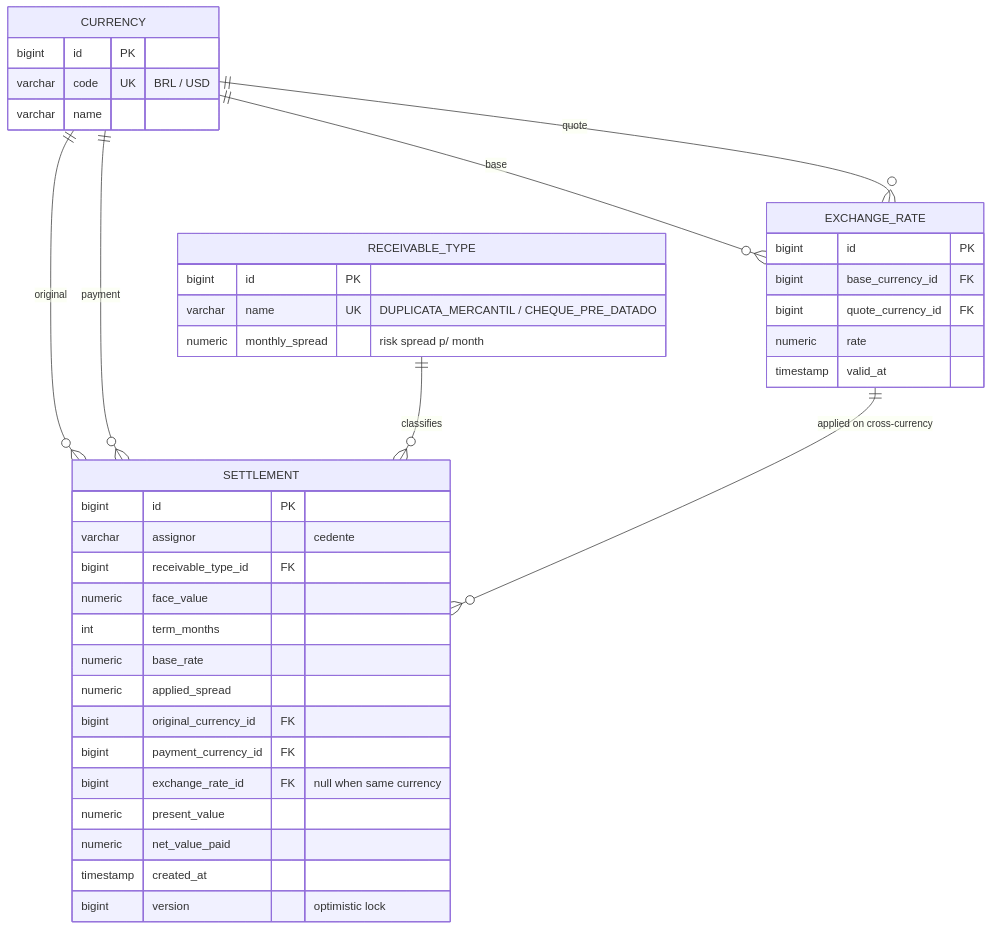
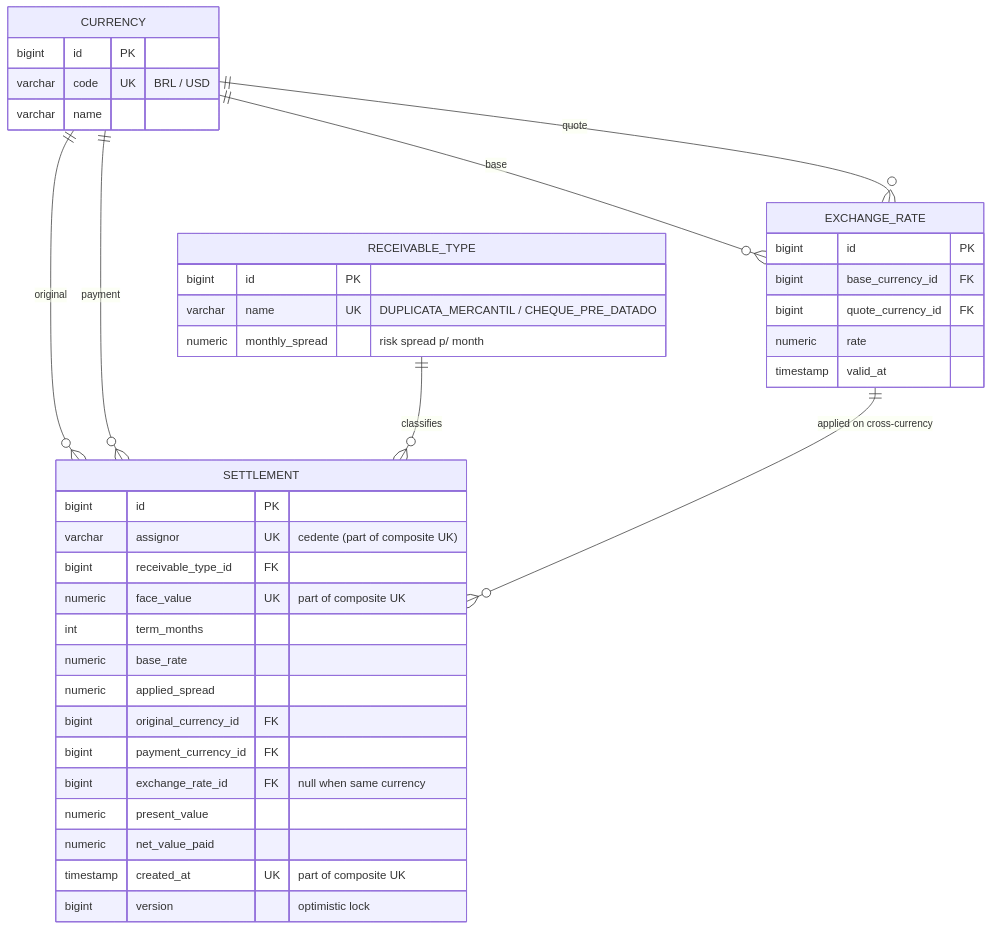
The diagram in docs/ER-diagram.md (NikkSama/srm-credit-engine), drawn with Mermaid before and after one commit. The commit also changed other lines of this file and 2 other files, not shown here.

Commit message:
docs: update ER diagram for settlement model with composite unique keys and seed new currencies

````diff
--- a/docs/ER-diagram.md
+++ b/docs/ER-diagram.md
@@ -3,46 +3,46 @@
 ```mermaid
 erDiagram
     CURRENCY ||--o{ EXCHANGE_RATE : "base"
     CURRENCY ||--o{ EXCHANGE_RATE : "quote"
     CURRENCY ||--o{ SETTLEMENT : "original"
     CURRENCY ||--o{ SETTLEMENT : "payment"
     RECEIVABLE_TYPE ||--o{ SETTLEMENT : "classifies"
     EXCHANGE_RATE ||--o{ SETTLEMENT : "applied on cross-currency"
 
     CURRENCY {
         bigint id PK
         varchar code UK "BRL / USD"
         varchar name
     }
 
     RECEIVABLE_TYPE {
         bigint id PK
         varchar name UK "DUPLICATA_MERCANTIL / CHEQUE_PRE_DATADO"
         numeric monthly_spread "risk spread p/ month"
     }
 
     EXCHANGE_RATE {
         bigint id PK
         bigint base_currency_id FK
         bigint quote_currency_id FK
         numeric rate
         timestamp valid_at
     }
 
     SETTLEMENT {
         bigint id PK
-        varchar assignor "cedente"
+        varchar assignor UK "cedente (part of composite UK)"
         bigint receivable_type_id FK
-        numeric face_value
+        numeric face_value UK "part of composite UK"
         int term_months
         numeric base_rate
         numeric applied_spread
         bigint original_currency_id FK
         bigint payment_currency_id FK
         bigint exchange_rate_id FK "null when same currency"
         numeric present_value
         numeric net_value_paid
-        timestamp created_at
+        timestamp created_at UK "part of composite UK"
         bigint version "optimistic lock"
     }
 ```
````
